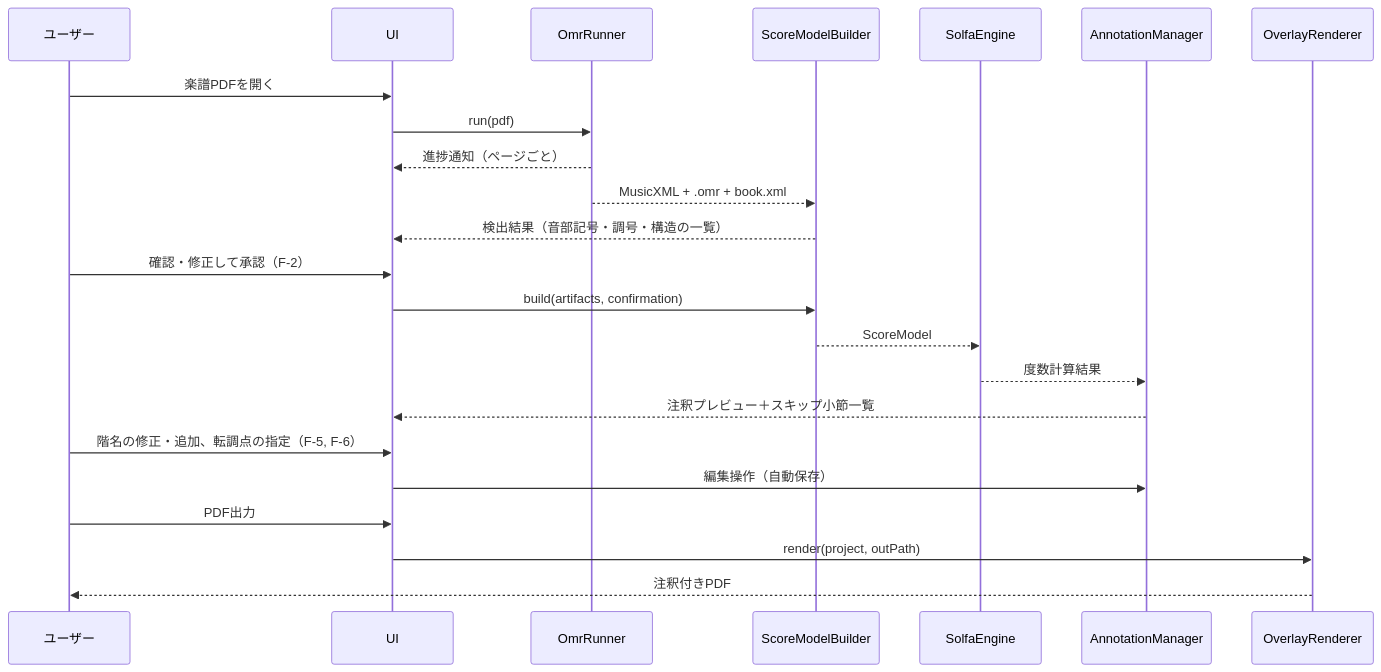
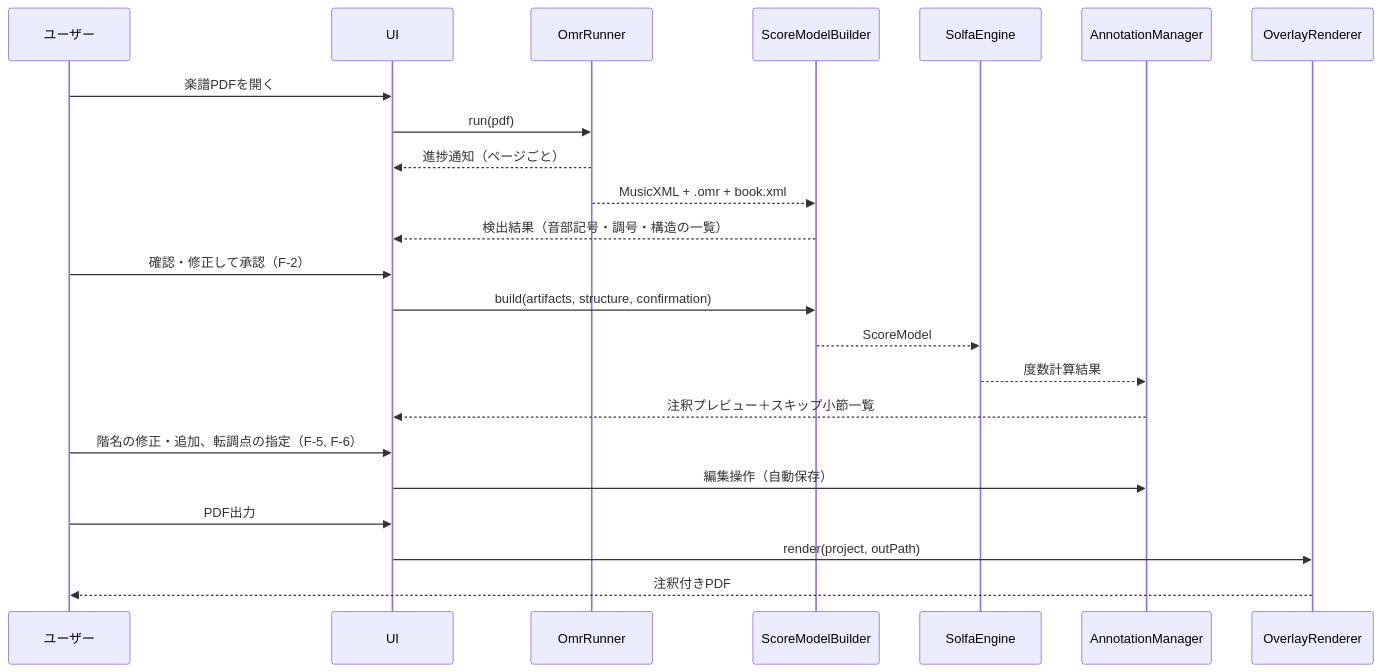
Before and after one commit to ntnamazu/solfa-overlay: the third of 4 diagrams in docs/functional-design.md, drawn with Mermaid. The commit also changed other lines of this file and 1 other file, not shown here.

````diff
--- a/docs/functional-design.md
+++ b/docs/functional-design.md
@@ -379,26 +414,26 @@
 ```mermaid
 sequenceDiagram
     participant User as ユーザー
     participant UI
     participant OMR as OmrRunner
     participant Builder as ScoreModelBuilder
     participant Solfa as SolfaEngine
     participant Annot as AnnotationManager
     participant Render as OverlayRenderer
 
     User->>UI: 楽譜PDFを開く
     UI->>OMR: run(pdf)
     OMR-->>UI: 進捗通知（ページごと）
     OMR-->>Builder: MusicXML + .omr + book.xml
     Builder-->>UI: 検出結果（音部記号・調号・構造の一覧）
     User->>UI: 確認・修正して承認（F-2）
-    UI->>Builder: build(artifacts, confirmation)
+    UI->>Builder: build(artifacts, structure, confirmation)
     Builder-->>Solfa: ScoreModel
     Solfa-->>Annot: 度数計算結果
     Annot-->>UI: 注釈プレビュー＋スキップ小節一覧
     User->>UI: 階名の修正・追加、転調点の指定（F-5, F-6）
     UI->>Annot: 編集操作（自動保存）
     User->>UI: PDF出力
     UI->>Render: render(project, outPath)
     Render-->>User: 注釈付きPDF
 ```
````
